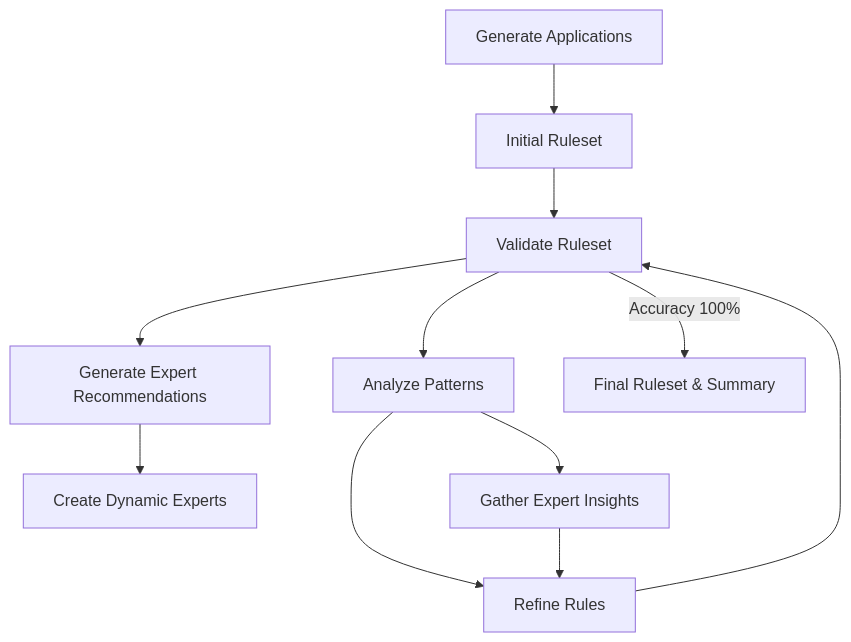
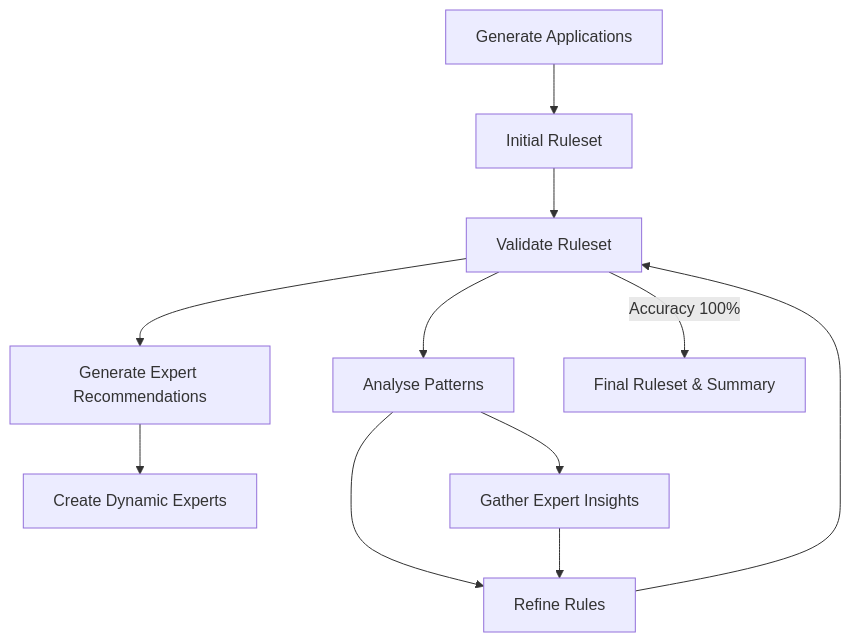
One commit to xwrx-io/meta-agent changed the diagram in README.md. Above: the diagram before and after it, drawn with Mermaid. The commit also changed other lines of this file, not shown here.

````diff
--- a/README.md
+++ b/README.md
@@ -100,13 +100,13 @@
 ```mermaid
 graph TD
     A[Generate Applications] --> B[Initial Ruleset]
     B --> C[Validate Ruleset]
     C --> G[Generate Expert Recommendations]
     G --> H[Create Dynamic Experts]
-    C --> D[Analyze Patterns]
+    C --> D[Analyse Patterns]
     D --> I[Gather Expert Insights]
     D --> E[Refine Rules]
     I --> E
     E --> C
     C -->|Accuracy 100%| F[Final Ruleset & Summary]
 ```
````
